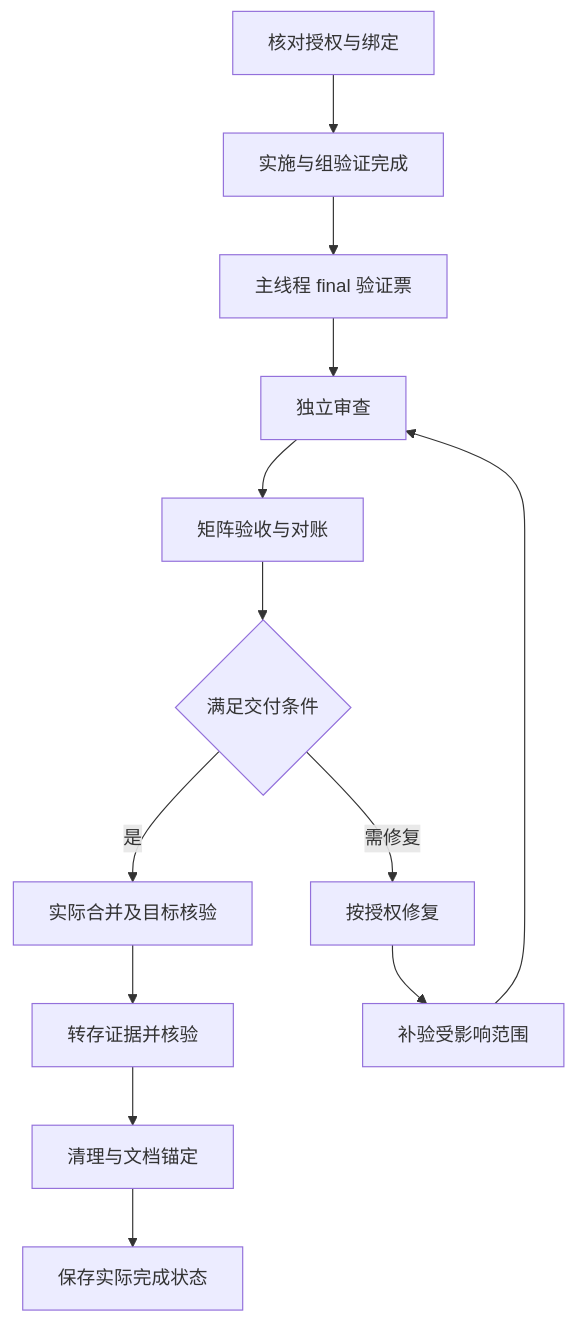
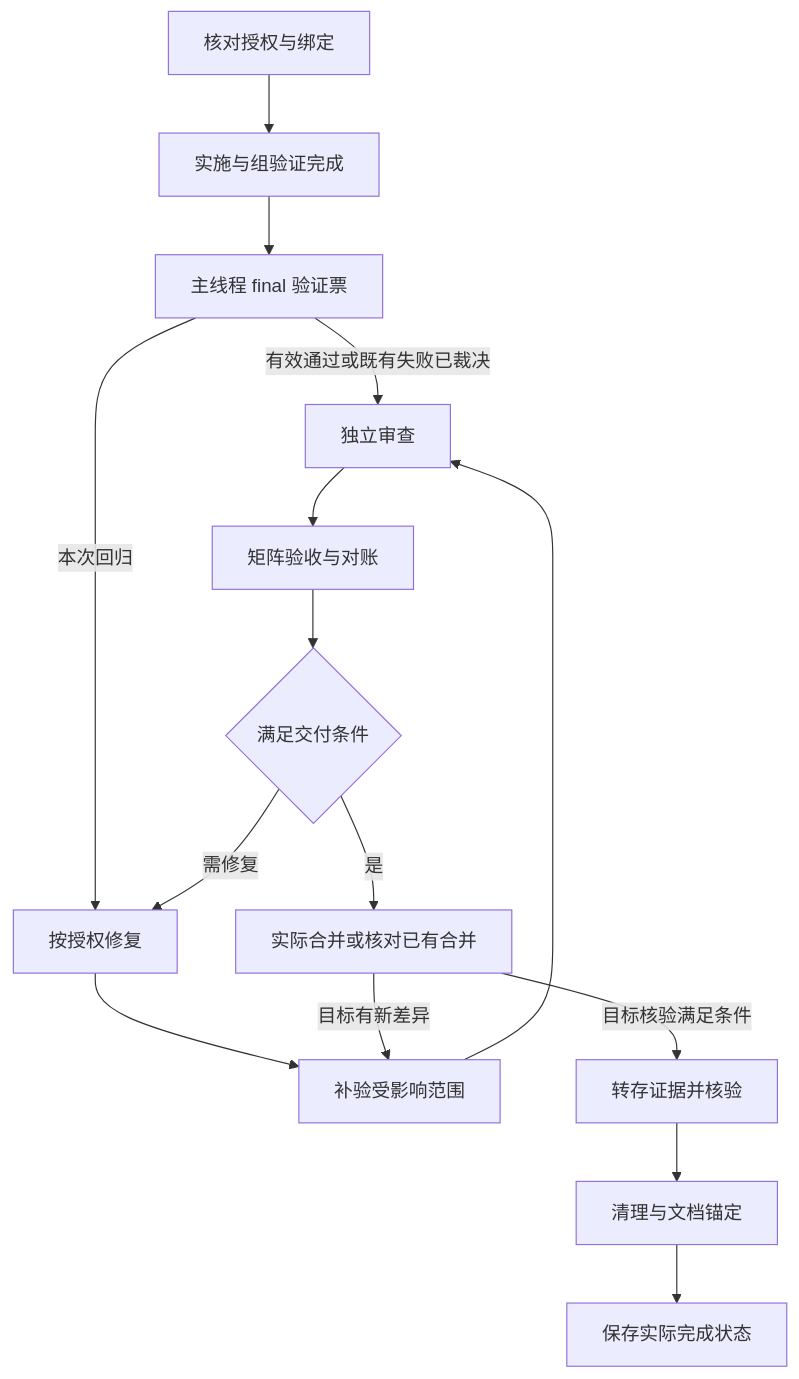
The diagram in .spec-dev/2026-09-23-01-workflow-consistency/spec/workflow-consistency-design.md (FlameMida/spec-dev), drawn with Mermaid before and after one commit. The commit also changed other lines of this file, not shown here.

Commit message:
docs: 补齐取代条款的保留保证

````diff
--- a/.spec-dev/2026-09-23-01-workflow-consistency/spec/workflow-consistency-design.md
+++ b/.spec-dev/2026-09-23-01-workflow-consistency/spec/workflow-consistency-design.md
@@ -388,15 +394,17 @@
 ```mermaid
 flowchart TD
     A[核对授权与绑定] --> B[实施与组验证完成]
     B --> F[主线程 final 验证票]
-    F --> R[独立审查]
+    F -->|有效通过或既有失败已裁决| R[独立审查]
+    F -->|本次回归| X[按授权修复]
     R --> Q[矩阵验收与对账]
     Q --> C{满足交付条件}
-    C -->|是| M[实际合并及目标核验]
-    C -->|需修复| X[按授权修复]
+    C -->|是| M[实际合并或核对已有合并]
+    C -->|需修复| X
     X --> V[补验受影响范围]
     V --> R
-    M --> E[转存证据并核验]
+    M -->|目标有新差异| V
+    M -->|目标核验满足条件| E[转存证据并核验]
     E --> D[清理与文档锚定]
     D --> Z[保存实际完成状态]
 ```
````
